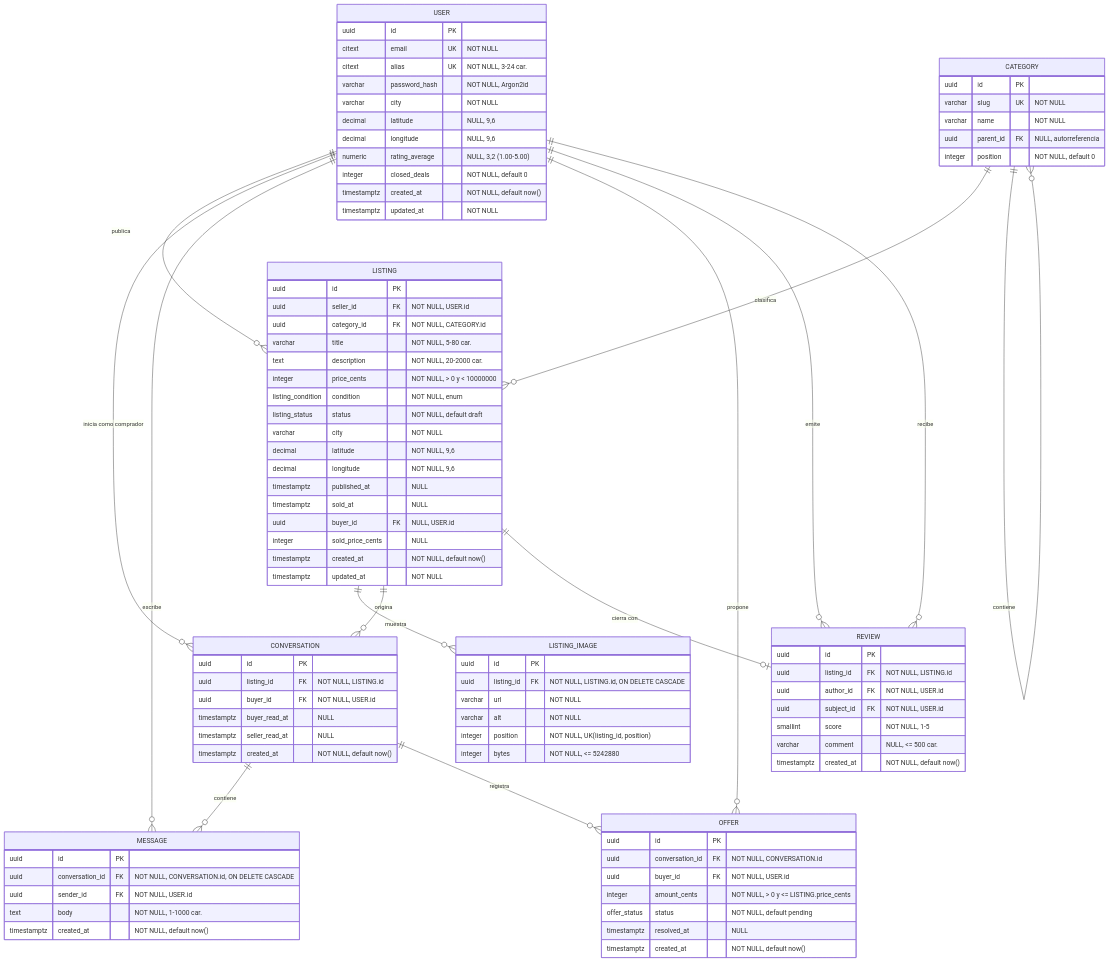
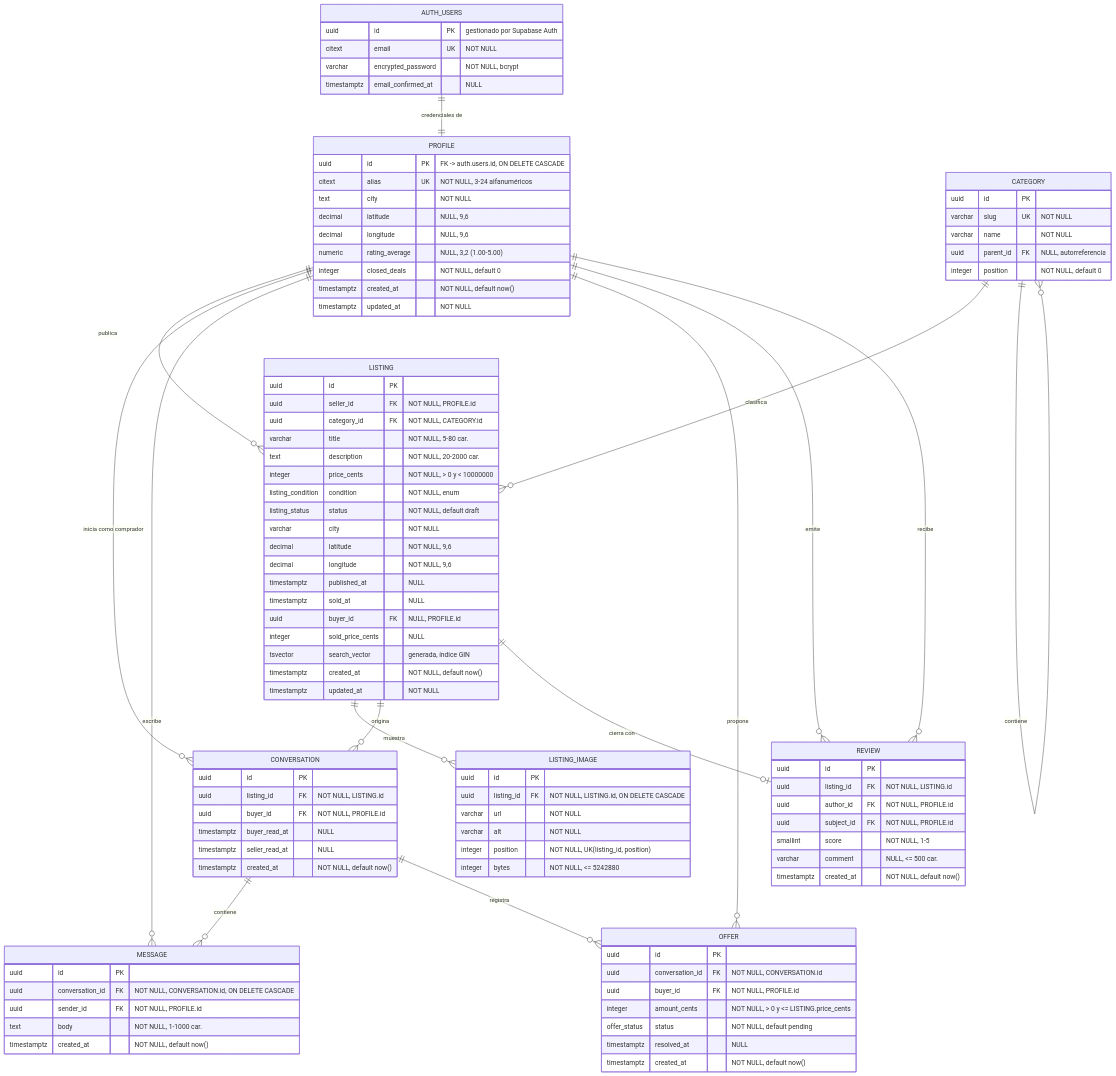
Before and after one commit to lk321/AI4Devs-finalproject: the third of 3 diagrams in readme.md, drawn with Mermaid. The commit also changed other lines of this file and 1 other file, not shown here.

Commit message:
docs: update tech docs for supabase stack

````diff
--- a/readme.md
+++ b/readme.md
@@ -433,11 +466,12 @@
 ```mermaid
 erDiagram
-    USER ||--o{ LISTING : "publica"
-    USER ||--o{ CONVERSATION : "inicia como comprador"
-    USER ||--o{ MESSAGE : "escribe"
-    USER ||--o{ OFFER : "propone"
-    USER ||--o{ REVIEW : "emite"
-    USER ||--o{ REVIEW : "recibe"
+    AUTH_USERS ||--|| PROFILE : "credenciales de"
+    PROFILE ||--o{ LISTING : "publica"
+    PROFILE ||--o{ CONVERSATION : "inicia como comprador"
+    PROFILE ||--o{ MESSAGE : "escribe"
+    PROFILE ||--o{ OFFER : "propone"
+    PROFILE ||--o{ REVIEW : "emite"
+    PROFILE ||--o{ REVIEW : "recibe"
     CATEGORY ||--o{ LISTING : "clasifica"
     CATEGORY ||--o{ CATEGORY : "contiene"
     LISTING ||--o{ LISTING_IMAGE : "muestra"
@@ -446,12 +480,17 @@
     CONVERSATION ||--o{ MESSAGE : "contiene"
     CONVERSATION ||--o{ OFFER : "registra"
 
-    USER {
-        uuid id PK
+    AUTH_USERS {
+        uuid id PK "gestionado por Supabase Auth"
         citext email UK "NOT NULL"
-        citext alias UK "NOT NULL, 3-24 car."
-        varchar password_hash "NOT NULL, Argon2id"
-        varchar city "NOT NULL"
+        varchar encrypted_password "NOT NULL, bcrypt"
+        timestamptz email_confirmed_at "NULL"
+    }
+
+    PROFILE {
+        uuid id PK "FK -> auth.users.id, ON DELETE CASCADE"
+        citext alias UK "NOT NULL, 3-24 alfanuméricos"
+        text city "NOT NULL"
         decimal latitude "NULL, 9,6"
         decimal longitude "NULL, 9,6"
         numeric rating_average "NULL, 3,2 (1.00-5.00)"
@@ -470,7 +509,7 @@
 
     LISTING {
         uuid id PK
-        uuid seller_id FK "NOT NULL, USER.id"
+        uuid seller_id FK "NOT NULL, PROFILE.id"
         uuid category_id FK "NOT NULL, CATEGORY.id"
         varchar title "NOT NULL, 5-80 car."
         text description "NOT NULL, 20-2000 car."
@@ -482,8 +521,9 @@
         decimal longitude "NOT NULL, 9,6"
         timestamptz published_at "NULL"
         timestamptz sold_at "NULL"
-        uuid buyer_id FK "NULL, USER.id"
+        uuid buyer_id FK "NULL, PROFILE.id"
         integer sold_price_cents "NULL"
+        tsvector search_vector "generada, índice GIN"
         timestamptz created_at "NOT NULL, default now()"
         timestamptz updated_at "NOT NULL"
     }
@@ -500,7 +540,7 @@
     CONVERSATION {
         uuid id PK
         uuid listing_id FK "NOT NULL, LISTING.id"
-        uuid buyer_id FK "NOT NULL, USER.id"
+        uuid buyer_id FK "NOT NULL, PROFILE.id"
         timestamptz buyer_read_at "NULL"
         timestamptz seller_read_at "NULL"
         timestamptz created_at "NOT NULL, default now()"
@@ -509,7 +549,7 @@
     MESSAGE {
         uuid id PK
         uuid conversation_id FK "NOT NULL, CONVERSATION.id, ON DELETE CASCADE"
-        uuid sender_id FK "NOT NULL, USER.id"
+        uuid sender_id FK "NOT NULL, PROFILE.id"
         text body "NOT NULL, 1-1000 car."
         timestamptz created_at "NOT NULL, default now()"
     }
@@ -517,7 +557,7 @@
     OFFER {
         uuid id PK
         uuid conversation_id FK "NOT NULL, CONVERSATION.id"
-        uuid buyer_id FK "NOT NULL, USER.id"
+        uuid buyer_id FK "NOT NULL, PROFILE.id"
         integer amount_cents "NOT NULL, > 0 y <= LISTING.price_cents"
         offer_status status "NOT NULL, default pending"
         timestamptz resolved_at "NULL"
@@ -527,8 +567,8 @@
     REVIEW {
         uuid id PK
         uuid listing_id FK "NOT NULL, LISTING.id"
-        uuid author_id FK "NOT NULL, USER.id"
-        uuid subject_id FK "NOT NULL, USER.id"
+        uuid author_id FK "NOT NULL, PROFILE.id"
+        uuid subject_id FK "NOT NULL, PROFILE.id"
         smallint score "NOT NULL, 1-5"
         varchar comment "NULL, <= 500 car."
         timestamptz created_at "NOT NULL, default now()"
````
